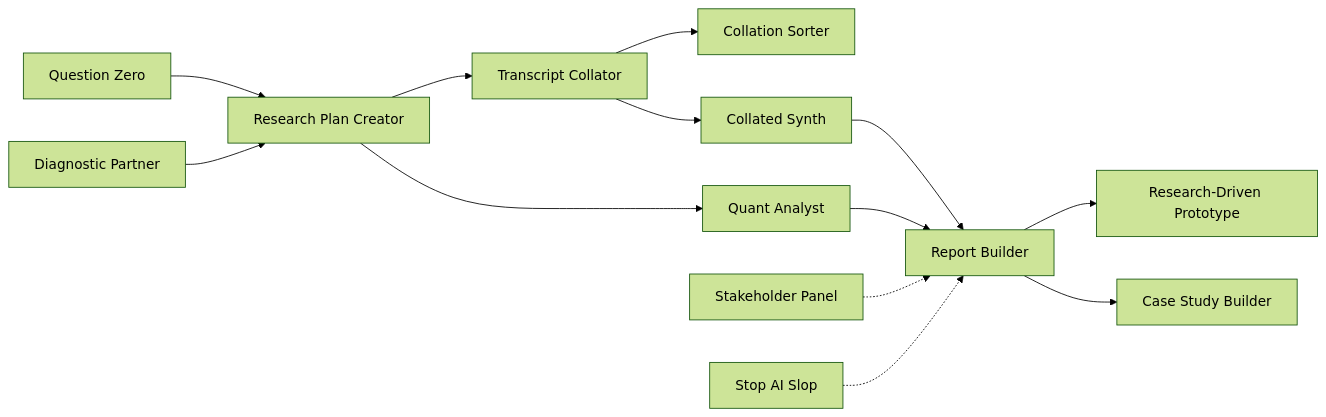
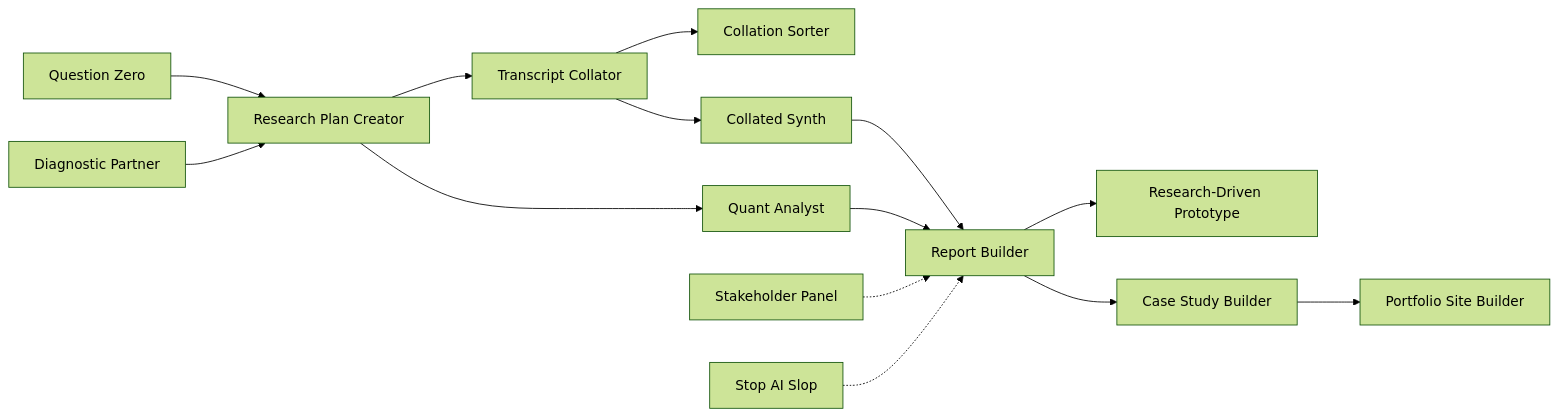
One commit to nithyncj-cell/ai-uxr-stack changed the diagram in README.md. Above: the diagram before and after it, drawn with Mermaid (forest theme). The commit also changed other lines of this file and 4 other files, not shown here.

First line of the commit message:
Add Portfolio Site Builder to the Career pack (13 skills)

````diff
--- a/README.md
+++ b/README.md
@@ -69,15 +70,16 @@
 ```mermaid
 flowchart LR
   QZ[Question Zero] --> RPC[Research Plan Creator]
   DP[Diagnostic Partner] --> RPC
   RPC --> COL[Transcript Collator]
   COL --> SORT[Collation Sorter]
   COL --> SYN[Collated Synth]
   RPC --> QA[Quant Analyst]
   SYN --> RB[Report Builder]
   QA --> RB
   RB --> RDP[Research-Driven Prototype]
   RB --> CSB[Case Study Builder]
+  CSB --> PSB[Portfolio Site Builder]
   SP[Stakeholder Panel] -.-> RB
   SLOP[Stop AI Slop] -.-> RB
 ```
````
